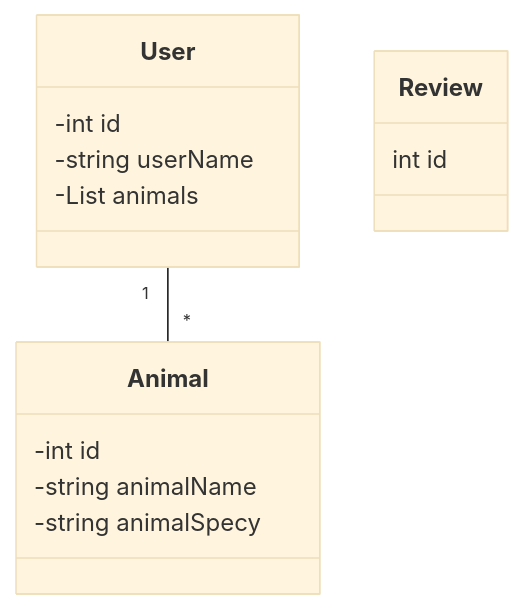
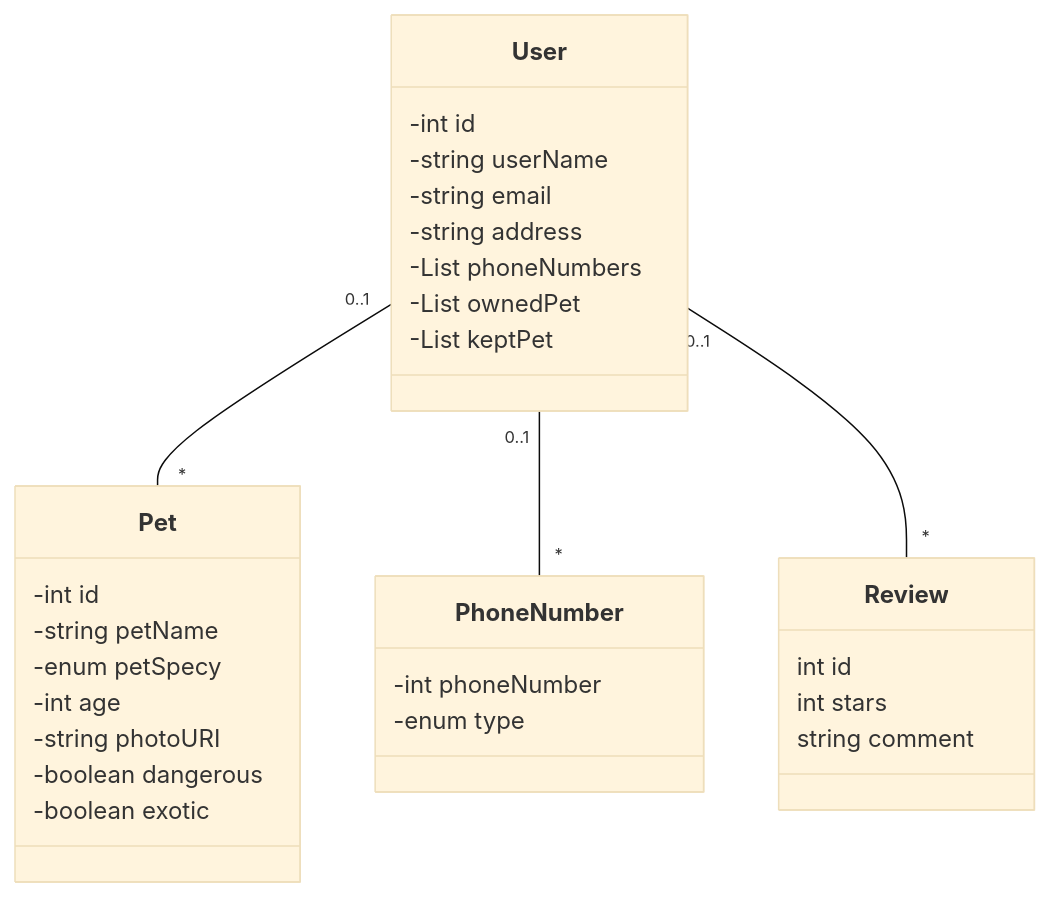
Before and after one commit to bryan-jose-valdiviezo/sit-a-pup: the diagram in README.md, drawn with Mermaid (base theme).

````diff
--- a/README.md
+++ b/README.md
@@ -3,17 +3,33 @@
 ```mermaid
  classDiagram
-      User "1" -- "*" Animal
+      User "0..1" -- "*" Pet
+      User "0..1" -- "*" PhoneNumber
+      User "0..1" -- "*" Review
       class User {
             -int id
             -string userName
-            -List<Animal> animals
+            -string email
+            -string address
+            -List<PhoneNumber> phoneNumbers
+            -List<Pet> ownedPet
+            -List<Pet> keptPet
       }
-      class Animal {
+      class PhoneNumber {
+            -int phoneNumber
+            -enum type
+      }
+      class Pet {
 		-int id
-		-string animalName
-		-string animalSpecy
+		-string petName
+		-enum petSpecy
+            -int age
+            -string photoURI
+            -boolean dangerous
+            -boolean exotic
 	}
       class Review {
             int id
+            int stars
+            string comment
       }
 ```
````
